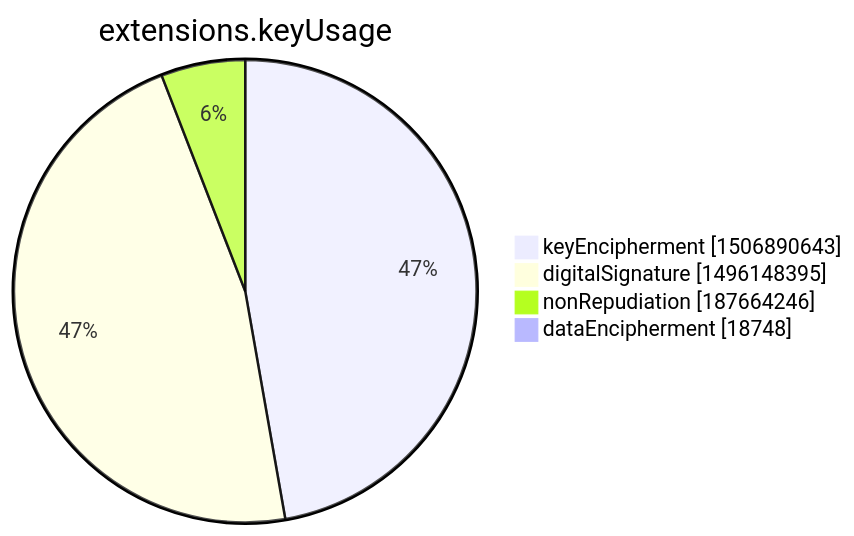
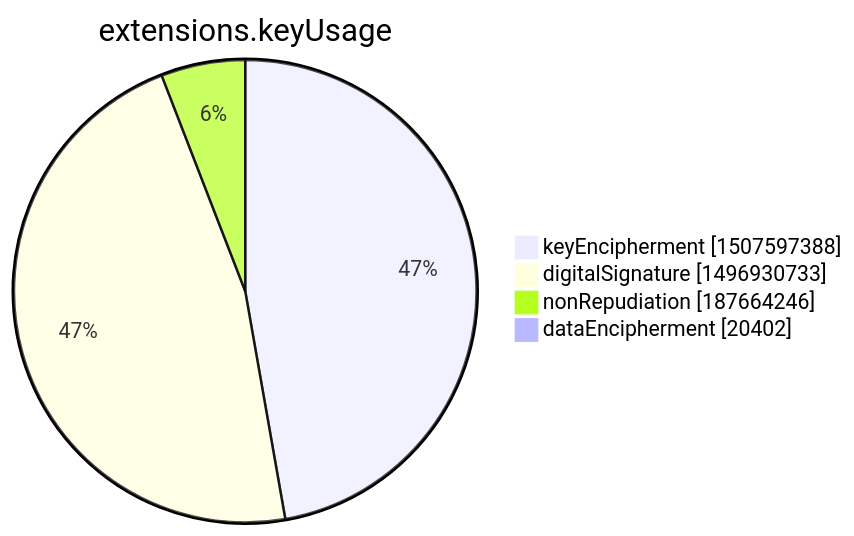
One commit to christiankrug/ctmonitor_visualization changed the seventh of 15 diagrams in xenon2022/README.md. Above: the diagram before and after it, drawn with Mermaid. The commit also changed other lines of this file, not shown here.

````diff
--- a/xenon2022/README.md
+++ b/xenon2022/README.md
@@ -2845,8 +2845,8 @@
 ```mermaid
 pie showData
 title extensions.keyUsage
-"keyEncipherment" :1506890643
-"digitalSignature" :1496148395
+"keyEncipherment" :1507597388
+"digitalSignature" :1496930733
 "nonRepudiation" :187664246
-"dataEncipherment" :18748
+"dataEncipherment" :20402
 ```
````
